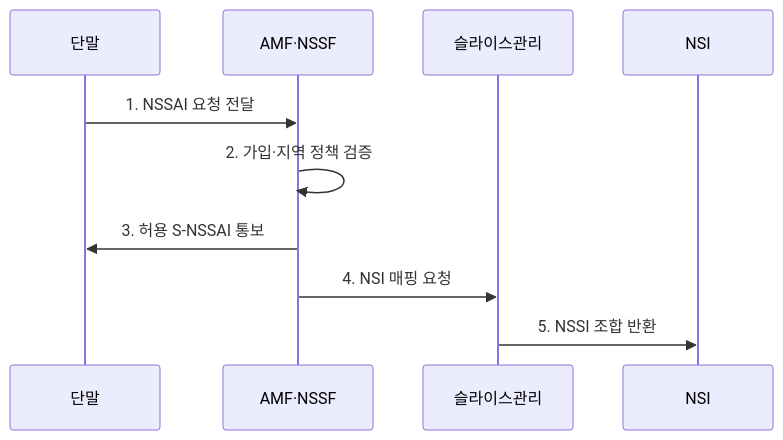
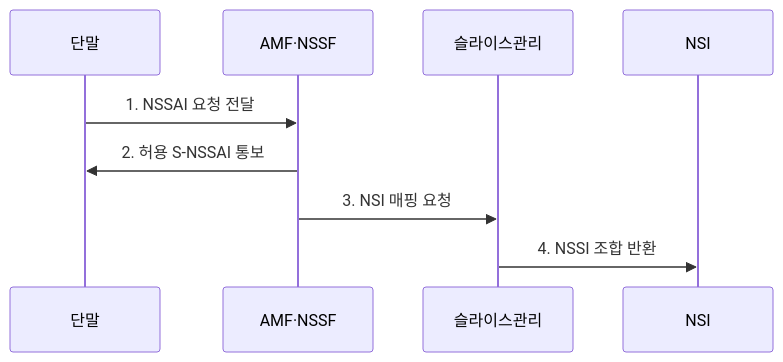
Before and after one commit to agnusdei1207/knowledge-base: the second of 2 diagrams in src/content/docs/notes/04-network/040_nssai_nsi_nssi.md, drawn with Mermaid. The commit also changed other lines of this file and 122 other files, not shown here.

````diff
--- a/src/content/docs/notes/04-network/040_nssai_nsi_nssi.md
+++ b/src/content/docs/notes/04-network/040_nssai_nsi_nssi.md
@@ -78,12 +78,11 @@
 ```mermaid
 sequenceDiagram
     participant 단말
     participant AMF·NSSF
     participant 슬라이스관리
     participant NSI
     단말->>AMF·NSSF: 1. NSSAI 요청 전달
-    AMF·NSSF->>AMF·NSSF: 2. 가입·지역 정책 검증
-    AMF·NSSF->>단말: 3. 허용 S-NSSAI 통보
-    AMF·NSSF->>슬라이스관리: 4. NSI 매핑 요청
-    슬라이스관리->>NSI: 5. NSSI 조합 반환
+    AMF·NSSF->>단말: 2. 허용 S-NSSAI 통보
+    AMF·NSSF->>슬라이스관리: 3. NSI 매핑 요청
+    슬라이스관리->>NSI: 4. NSSI 조합 반환
 ```
````
